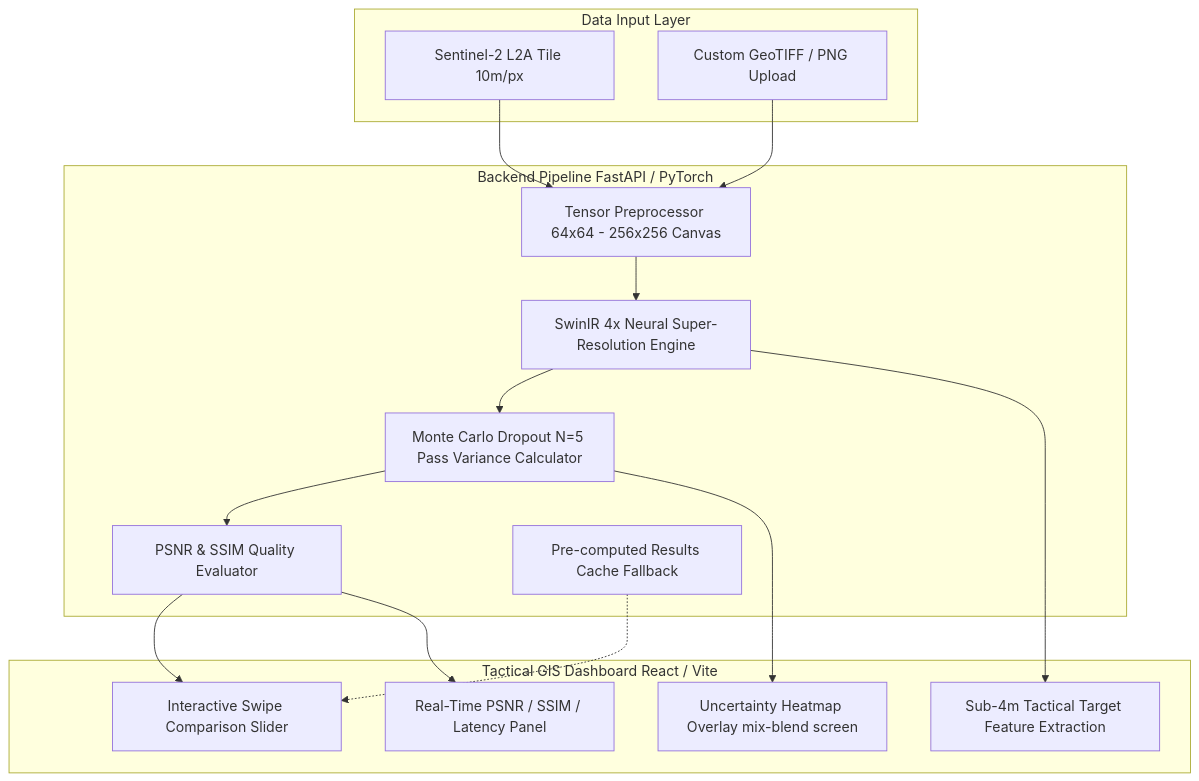
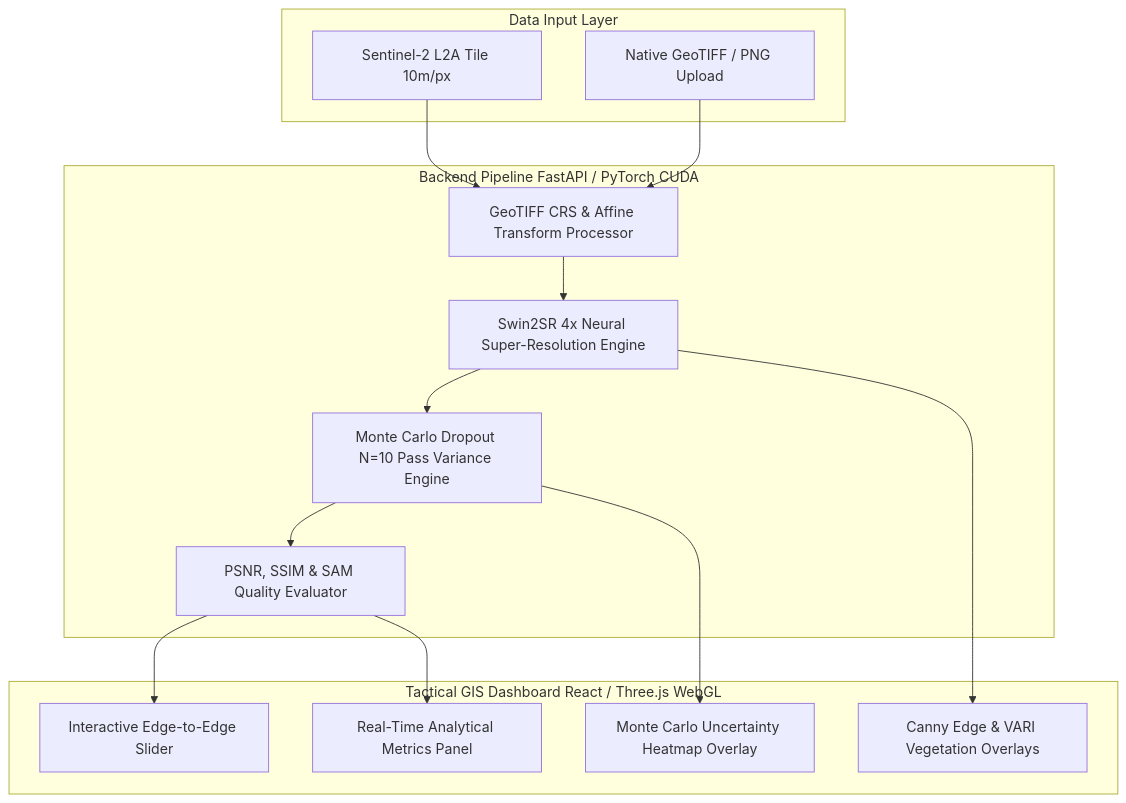
One commit to AryaBadugu/OrbitLens-NTRO-SRM changed the diagram in README.md. Above: the diagram before and after it, drawn with Mermaid. The commit also changed other lines of this file, not shown here.

````diff
--- a/README.md
+++ b/README.md
@@ -45,33 +46,31 @@
 ```mermaid
 flowchart TD
     subgraph Data Input Layer
         S2[Sentinel-2 L2A Tile 10m/px]
-        CU[Custom GeoTIFF / PNG Upload]
+        CU[Native GeoTIFF / PNG Upload]
     end
 
-    subgraph Backend Pipeline FastAPI / PyTorch
-        PRE[Tensor Preprocessor 64x64 - 256x256 Canvas]
-        SWIN[SwinIR 4x Neural Super-Resolution Engine]
-        MCD[Monte Carlo Dropout N=5 Pass Variance Calculator]
-        MET[PSNR & SSIM Quality Evaluator]
-        CACHE[Pre-computed Results Cache Fallback]
+    subgraph Backend Pipeline FastAPI / PyTorch CUDA
+        PRE[GeoTIFF CRS & Affine Transform Processor]
+        SWIN[Swin2SR 4x Neural Super-Resolution Engine]
+        MCD[Monte Carlo Dropout N=10 Pass Variance Engine]
+        MET[PSNR, SSIM & SAM Quality Evaluator]
     end
 
-    subgraph Tactical GIS Dashboard React / Vite
-        SWIPE[Interactive Swipe Comparison Slider]
-        UNCERT[Uncertainty Heatmap Overlay mix-blend screen]
-        FEAT[Sub-4m Tactical Target Feature Extraction]
-        METPAN[Real-Time PSNR / SSIM / Latency Panel]
+    subgraph Tactical GIS Dashboard React / Three.js WebGL
+        SWIPE[Interactive Edge-to-Edge Slider]
+        UNCERT[Monte Carlo Uncertainty Heatmap Overlay]
+        FEAT[Canny Edge & VARI Vegetation Overlays]
+        METPAN[Real-Time Analytical Metrics Panel]
     end
 
     S2 --> PRE
     CU --> PRE
     PRE --> SWIN
     SWIN --> MCD
     MCD --> MET
     MET --> SWIPE
     MCD --> UNCERT
     SWIN --> FEAT
     MET --> METPAN
-    CACHE -.-> SWIPE
 ```
````
